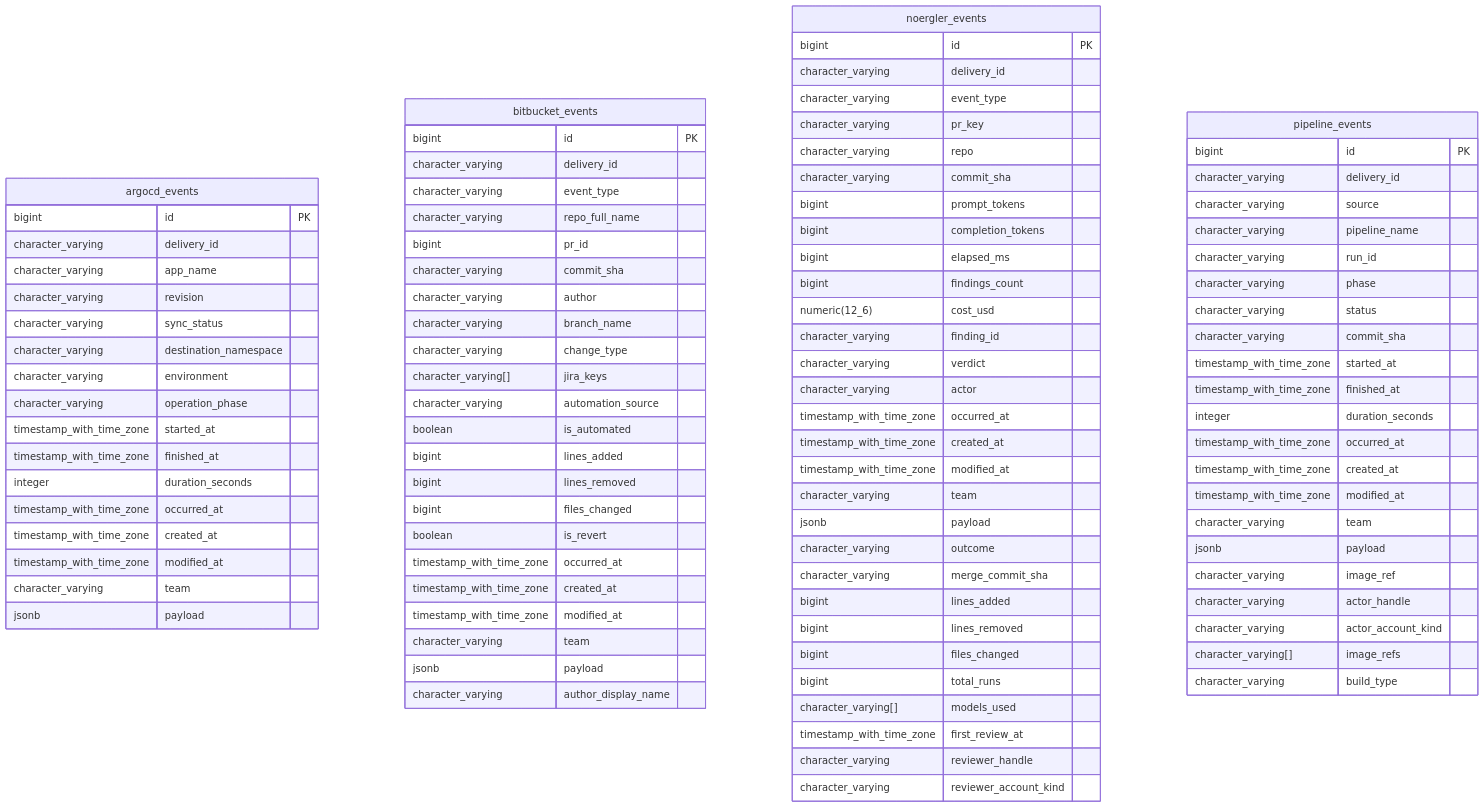
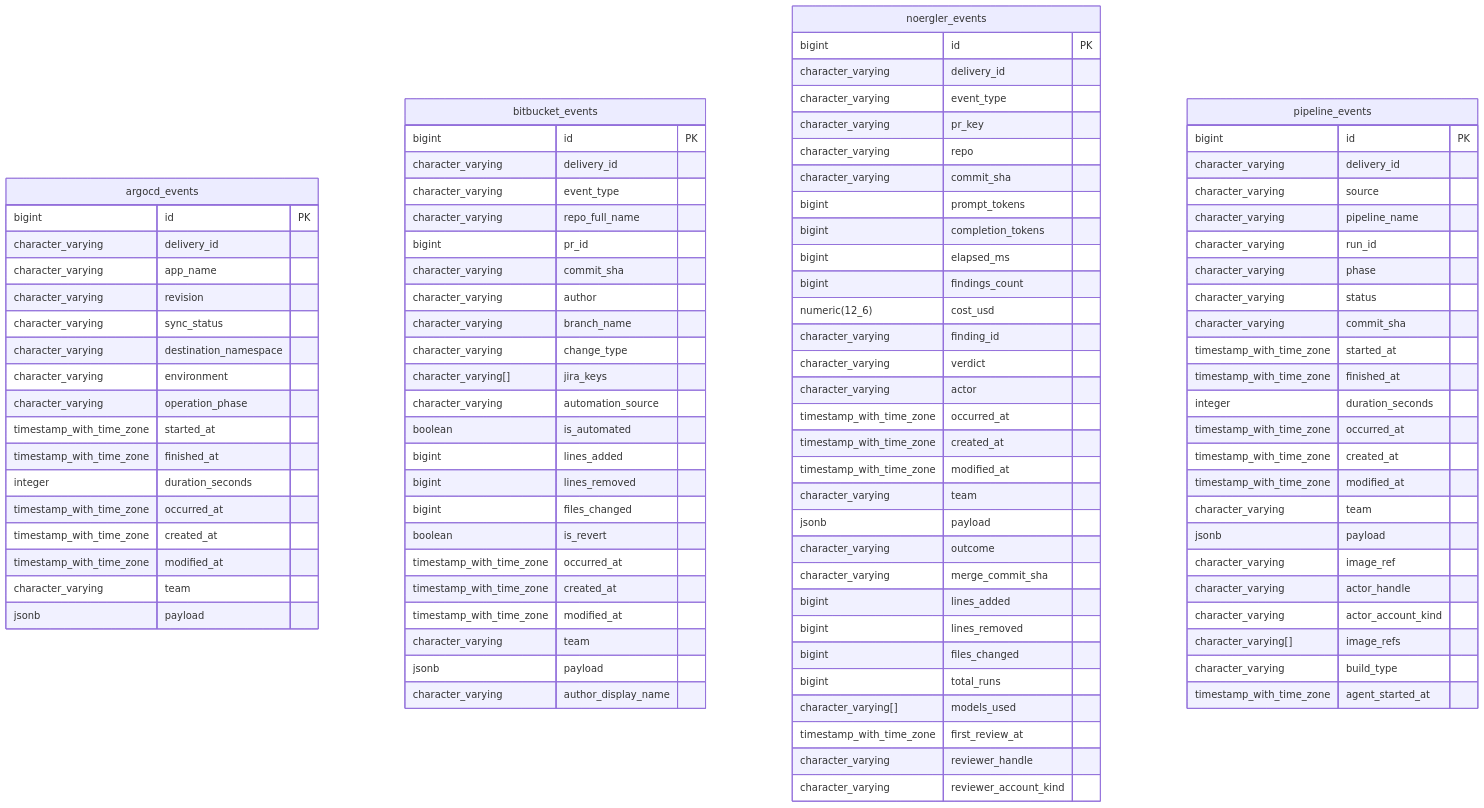
One commit to trick77/riptide changed the diagram in docs/schema.md. Above: the diagram before and after it, drawn with Mermaid. The commit also changed other lines of this file and 18 other files, not shown here.

First line of the commit message:
pipeline: agent_started_at, the wait for a build agent apart from the build

````diff
--- a/docs/schema.md
+++ b/docs/schema.md
@@ -269,5 +270,6 @@
         character_varying actor_account_kind
         character_varying[] image_refs
         character_varying build_type
+        timestamp_with_time_zone agent_started_at
     }
 ```
````
